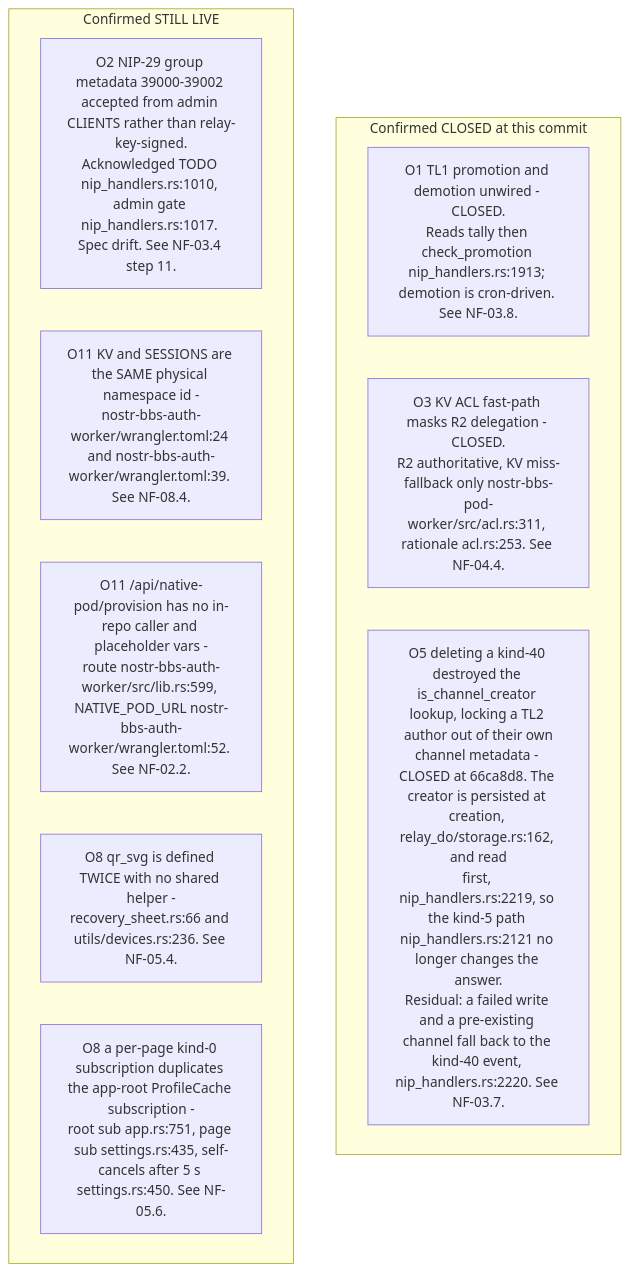
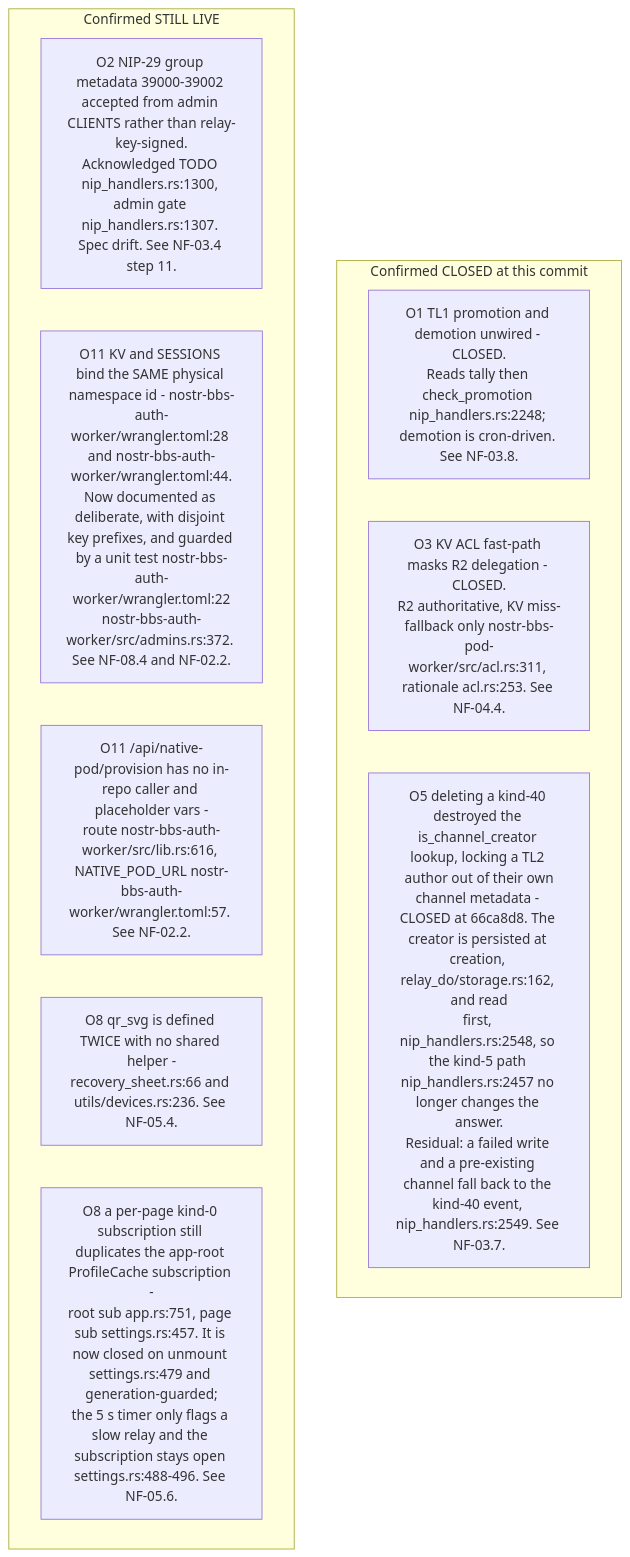
One commit to DreamLab-AI/VisionFlow changed the third of 10 diagrams in docs/diagrams/nostr-rust-forum/10-invariants-and-anomaly-register.md. Above: the diagram before and after it, drawn with Mermaid. The commit also changed other lines of this file and 160 other files, not shown here.

````diff
--- a/docs/diagrams/nostr-rust-forum/10-invariants-and-anomaly-register.md
+++ b/docs/diagrams/nostr-rust-forum/10-invariants-and-anomaly-register.md
@@ -95,15 +100,15 @@
 ```mermaid
 flowchart TB
     subgraph closed["Confirmed CLOSED at this commit"]
-        O1["O1 TL1 promotion and demotion unwired - CLOSED.<br/>Reads tally then check_promotion nip_handlers.rs:1913; demotion is cron-driven. See NF-03.8."]
+        O1["O1 TL1 promotion and demotion unwired - CLOSED.<br/>Reads tally then check_promotion nip_handlers.rs:2248; demotion is cron-driven. See NF-03.8."]
         O3["O3 KV ACL fast-path masks R2 delegation - CLOSED.<br/>R2 authoritative, KV miss-fallback only nostr-bbs-pod-worker/src/acl.rs:311, rationale acl.rs:253. See NF-04.4."]
-        O5["O5 deleting a kind-40 destroyed the is_channel_creator lookup, locking a TL2 author out of their own<br/>channel metadata - CLOSED at 66ca8d8. The creator is persisted at creation, relay_do/storage.rs:162, and read<br/>first, nip_handlers.rs:2219, so the kind-5 path nip_handlers.rs:2121 no longer changes the answer.<br/>Residual: a failed write and a pre-existing channel fall back to the kind-40 event, nip_handlers.rs:2220. See NF-03.7."]
+        O5["O5 deleting a kind-40 destroyed the is_channel_creator lookup, locking a TL2 author out of their own<br/>channel metadata - CLOSED at 66ca8d8. The creator is persisted at creation, relay_do/storage.rs:162, and read<br/>first, nip_handlers.rs:2548, so the kind-5 path nip_handlers.rs:2457 no longer changes the answer.<br/>Residual: a failed write and a pre-existing channel fall back to the kind-40 event, nip_handlers.rs:2549. See NF-03.7."]
     end
     subgraph live["Confirmed STILL LIVE"]
-        O2["O2 NIP-29 group metadata 39000-39002 accepted from admin CLIENTS rather than relay-key-signed.<br/>Acknowledged TODO nip_handlers.rs:1010, admin gate nip_handlers.rs:1017. Spec drift. See NF-03.4 step 11."]
-        O11a["O11 KV and SESSIONS are the SAME physical namespace id -<br/>nostr-bbs-auth-worker/wrangler.toml:24 and nostr-bbs-auth-worker/wrangler.toml:39. See NF-08.4."]
-        O11b["O11 /api/native-pod/provision has no in-repo caller and placeholder vars -<br/>route nostr-bbs-auth-worker/src/lib.rs:599, NATIVE_POD_URL nostr-bbs-auth-worker/wrangler.toml:52. See NF-02.2."]
+        O2["O2 NIP-29 group metadata 39000-39002 accepted from admin CLIENTS rather than relay-key-signed.<br/>Acknowledged TODO nip_handlers.rs:1300, admin gate nip_handlers.rs:1307. Spec drift. See NF-03.4 step 11."]
+        O11a["O11 KV and SESSIONS bind the SAME physical namespace id - nostr-bbs-auth-worker/wrangler.toml:28 and nostr-bbs-auth-worker/wrangler.toml:44.<br/>Now documented as deliberate, with disjoint key prefixes, and guarded by a unit test nostr-bbs-auth-worker/wrangler.toml:22<br/>nostr-bbs-auth-worker/src/admins.rs:372. See NF-08.4 and NF-02.2."]
+        O11b["O11 /api/native-pod/provision has no in-repo caller and placeholder vars -<br/>route nostr-bbs-auth-worker/src/lib.rs:616, NATIVE_POD_URL nostr-bbs-auth-worker/wrangler.toml:57. See NF-02.2."]
         O8a["O8 qr_svg is defined TWICE with no shared helper -<br/>recovery_sheet.rs:66 and utils/devices.rs:236. See NF-05.4."]
-        O8b["O8 a per-page kind-0 subscription duplicates the app-root ProfileCache subscription -<br/>root sub app.rs:751, page sub settings.rs:435, self-cancels after 5 s settings.rs:450. See NF-05.6."]
+        O8b["O8 a per-page kind-0 subscription still duplicates the app-root ProfileCache subscription -<br/>root sub app.rs:751, page sub settings.rs:457. It is now closed on unmount settings.rs:479 and generation-guarded;<br/>the 5 s timer only flags a slow relay and the subscription stays open settings.rs:488-496. See NF-05.6."]
     end
 ```
````
